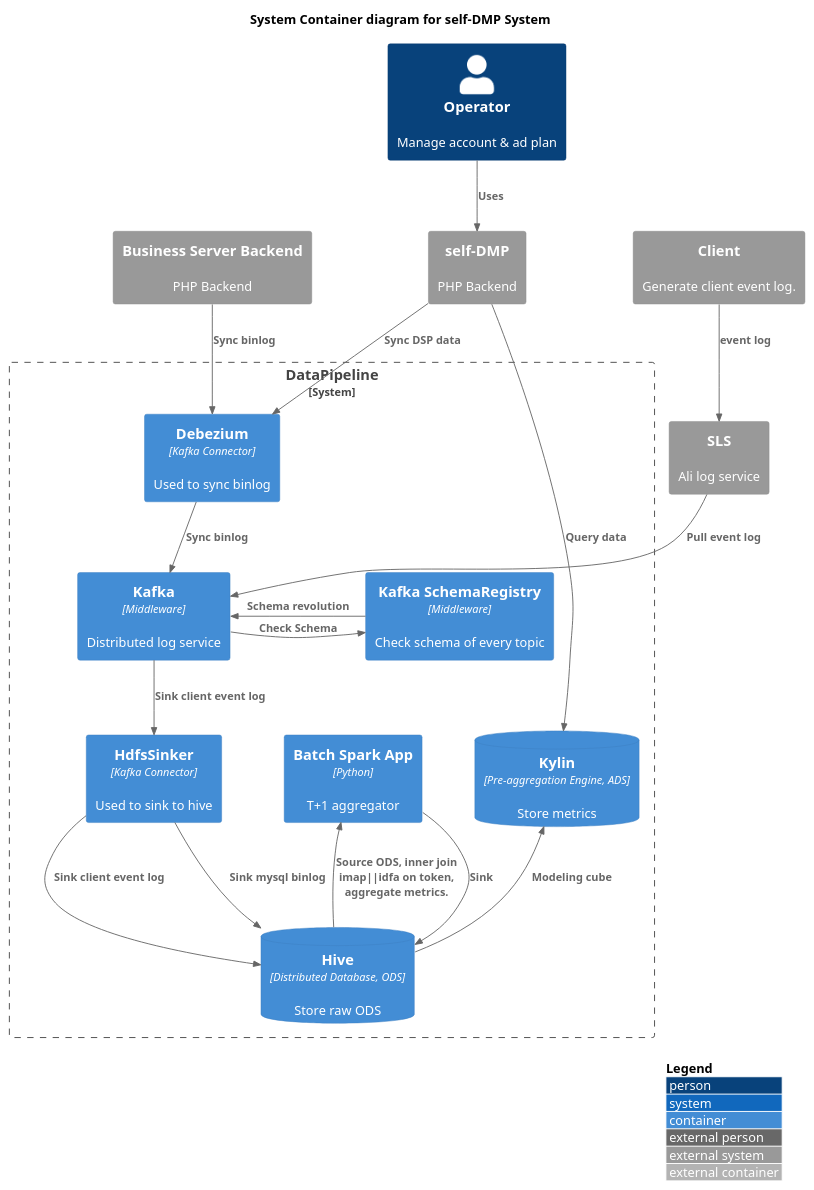
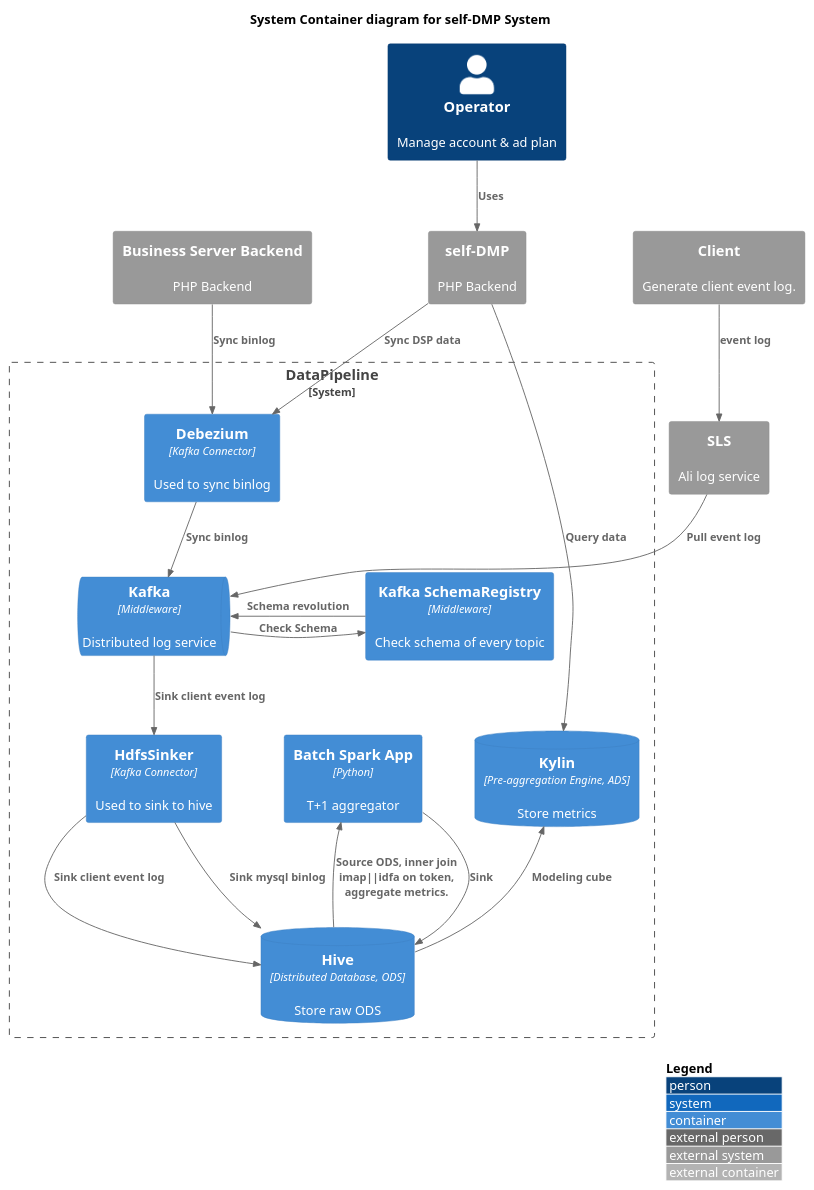
The diagram in custom/self_ad_dmp_dp_component.org (jinyuanlu/C4-PlantUML), drawn with PlantUML before and after one commit.

Commit message:
refactor: container type

```diff
--- a/custom/self_ad_dmp_dp_component.org
+++ b/custom/self_ad_dmp_dp_component.org
@@ -1,43 +1,43 @@
 #+BEGIN_SRC plantuml :file ../img/ad_dmp_dp_component.png
 @startuml
 !include ../style/C4_Container.puml
 ' LAYOUT_TOP_DOWN()
 ' LAYOUT_AS_SKETCH()
 LAYOUT_WITH_LEGEND()
 
 title System Container diagram for self-DMP System
 
 Person(Operator, "Operator", "Manage account & ad plan")
 System_Ext(DMP, "self-DMP", "PHP Backend")
 System_Ext(Business, "Business Server Backend", "PHP Backend")
 System_Ext(Client, "Client", "Generate client event log.")
 System_Ext(SLS, "SLS", "Ali log service")
 
 System_Boundary(c1, "DataPipeline") {
-    Container(Kafka, "Kafka", "Middleware", "Distributed log service")
+    ContainerQueue(Kafka, "Kafka", "Middleware", "Distributed log service")
     Container(Debezium, "Debezium", "Kafka Connector", "Used to sync binlog")
     Container(HdfsSinker, "HdfsSinker", "Kafka Connector", "Used to sink to hive")
     Container(KafkaSchemaRegistry, "Kafka SchemaRegistry", "Middleware", "Check schema of every topic")
     Container(BatchSpark, "Batch Spark App", "Python", "T+1 aggregator")
     ContainerDb(Kylin, "Kylin", "Pre-aggregation Engine, ADS", "Store metrics")
     ContainerDb(Hive, "Hive", "Distributed Database, ODS", "Store raw ODS")
 }
 
 Rel(Operator, DMP, "Uses")
 Rel(Client, SLS, "event log")
 Rel(SLS, Kafka, "Pull event log")
 Rel(Business, Debezium, "Sync binlog")
 Rel(Debezium, Kafka, "Sync binlog")
 Rel_Neighbor(Kafka, KafkaSchemaRegistry, "Check Schema")
 Rel_Back_Neighbor(Kafka, KafkaSchemaRegistry , "Schema revolution")
 Rel(DMP, Debezium, "Sync DSP data")
 Rel(Kafka, HdfsSinker, "Sink client event log")
 Rel(HdfsSinker, Hive, "Sink client event log")
 Rel(HdfsSinker, Hive, "Sink mysql binlog")
 Rel_Back(BatchSpark, Hive, "Source ODS, inner join imap||idfa on token, aggregate metrics.")
 Rel(BatchSpark, Hive, "Sink")
 
 Rel_Back(Kylin, Hive, "Modeling cube")
 Rel(DMP, Kylin, "Query data")
 
 #+END_SRC
```
